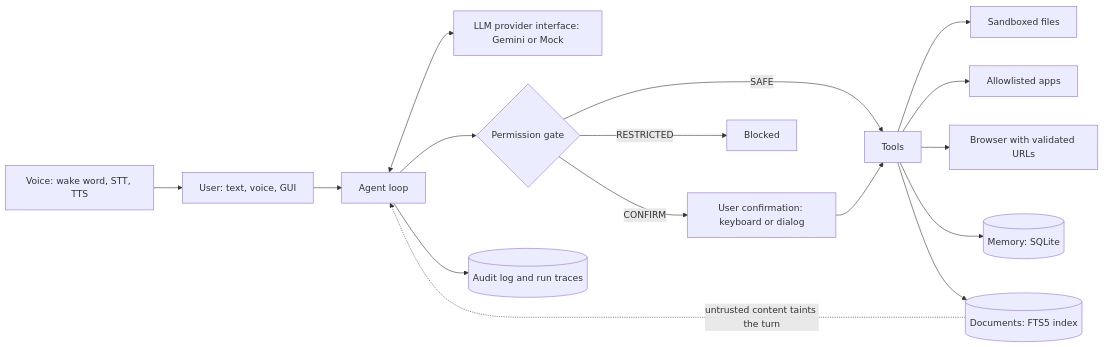
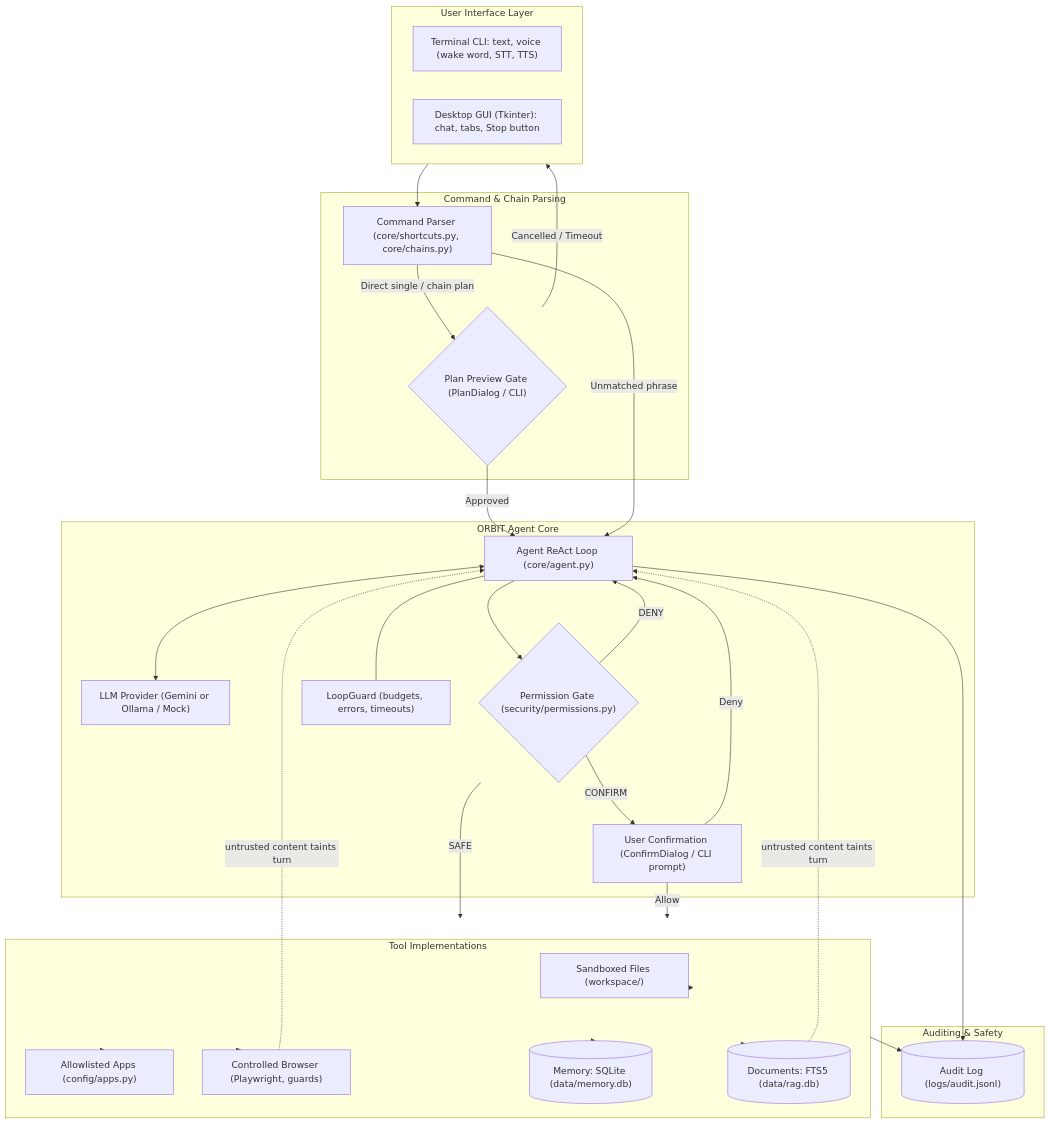
One commit to karthik1234456/orbit changed the diagram in README.md. Above: the diagram before and after it, drawn with Mermaid. The commit also changed other lines of this file and 45 other files, not shown here.

Commit message:
WIP: v2.2 chains and plans, command benchmark (dev)

````diff
--- a/README.md
+++ b/README.md
@@ -97,18 +117,58 @@
 ```mermaid
-flowchart LR
-  U["User: text, voice, GUI"] --> A["Agent loop"]
-  V["Voice: wake word, STT, TTS"] --> U
-  A <--> L["LLM provider interface: Gemini or Mock"]
-  A --> P{"Permission gate"}
-  P -->|SAFE| T["Tools"]
-  P -->|CONFIRM| C["User confirmation: keyboard or dialog"]
-  C --> T
-  P -->|RESTRICTED| X["Blocked"]
-  T --> F["Sandboxed files"]
-  T --> AP["Allowlisted apps"]
-  T --> B["Browser with validated URLs"]
-  T --> M[("Memory: SQLite")]
-  T --> R[("Documents: FTS5 index")]
-  A --> AU[("Audit log and run traces")]
-  R -. "untrusted content taints the turn" .-> A
+flowchart TB
+  subgraph Inputs ["User Interface Layer"]
+    CLI["Terminal CLI: text, voice (wake word, STT, TTS)"]
+    GUI["Desktop GUI (Tkinter): chat, tabs, Stop button"]
+  end
+
+  subgraph Parsing ["Command & Chain Parsing"]
+    CP["Command Parser (core/shortcuts.py, core/chains.py)"]
+    PP{"Plan Preview Gate (PlanDialog / CLI)"}
+  end
+
+  subgraph Engine ["ORBIT Agent Core"]
+    AL["Agent ReAct Loop (core/agent.py)"]
+    LLM["LLM Provider (Gemini or Ollama / Mock)"]
+    PG{"Permission Gate (security/permissions.py)"}
+    CD["User Confirmation (ConfirmDialog / CLI prompt)"]
+    LG["LoopGuard (budgets, errors, timeouts)"]
+    AL <--> LLM
+    AL --- LG
+  end
+
+  subgraph ToolsSub ["Tool Implementations"]
+    TF["Sandboxed Files (workspace/)"]
+    TA["Allowlisted Apps (config/apps.py)"]
+    TB["Controlled Browser (Playwright, guards)"]
+    TM[("Memory: SQLite (data/memory.db)")]
+    TR[("Documents: FTS5 (data/rag.db)")]
+  end
+
+  subgraph AuditSub ["Auditing & Safety"]
+    AU[("Audit Log (logs/audit.jsonl)")]
+  end
+
+  Inputs --> CP
+  CP -->|"Direct single / chain plan"| PP
+  PP -->|"Approved"| AL
+  PP -->|"Cancelled / Timeout"| Inputs
+  CP -->|"Unmatched phrase"| AL
+
+  AL --> PG
+  PG -->|"SAFE"| ToolsSub
+  PG -->|"CONFIRM"| CD
+  CD -->|"Allow"| ToolsSub
+  CD -->|"Deny"| AL
+  PG -->|"DENY"| AL
+
+  ToolsSub --> TF
+  ToolsSub --> TA
+  ToolsSub --> TB
+  ToolsSub --> TM
+  ToolsSub --> TR
+
+  TR -. "untrusted content taints turn" .-> AL
+  TB -. "untrusted content taints turn" .-> AL
+  AL --> AU
+  ToolsSub --> AU
 ```
````
